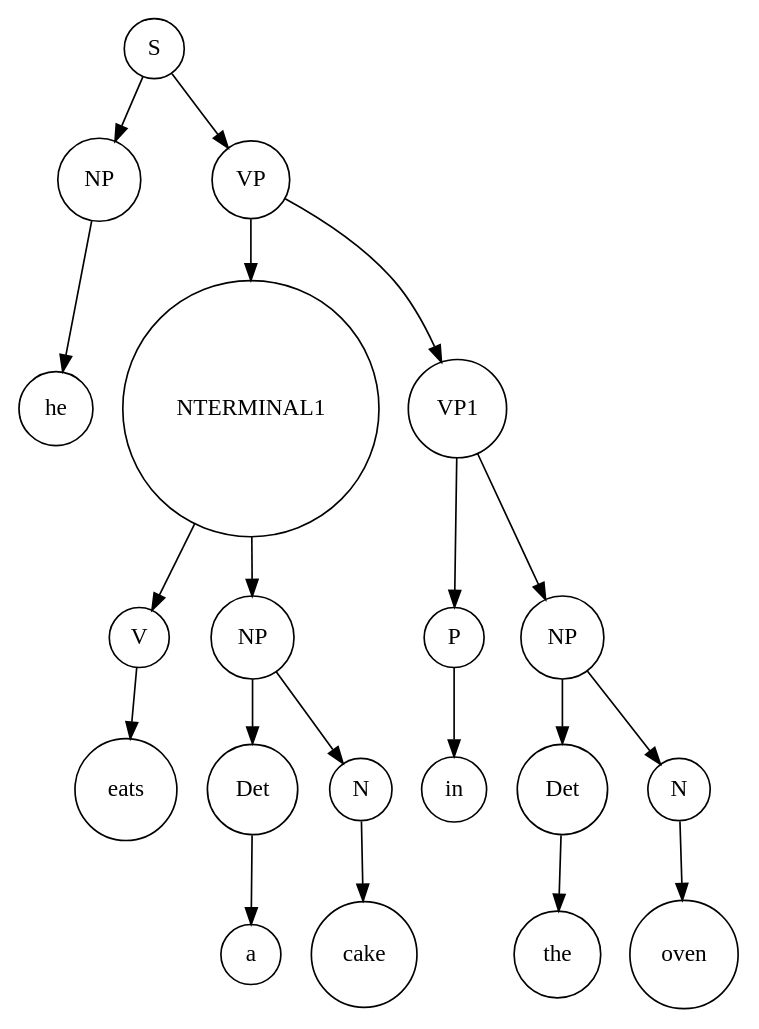
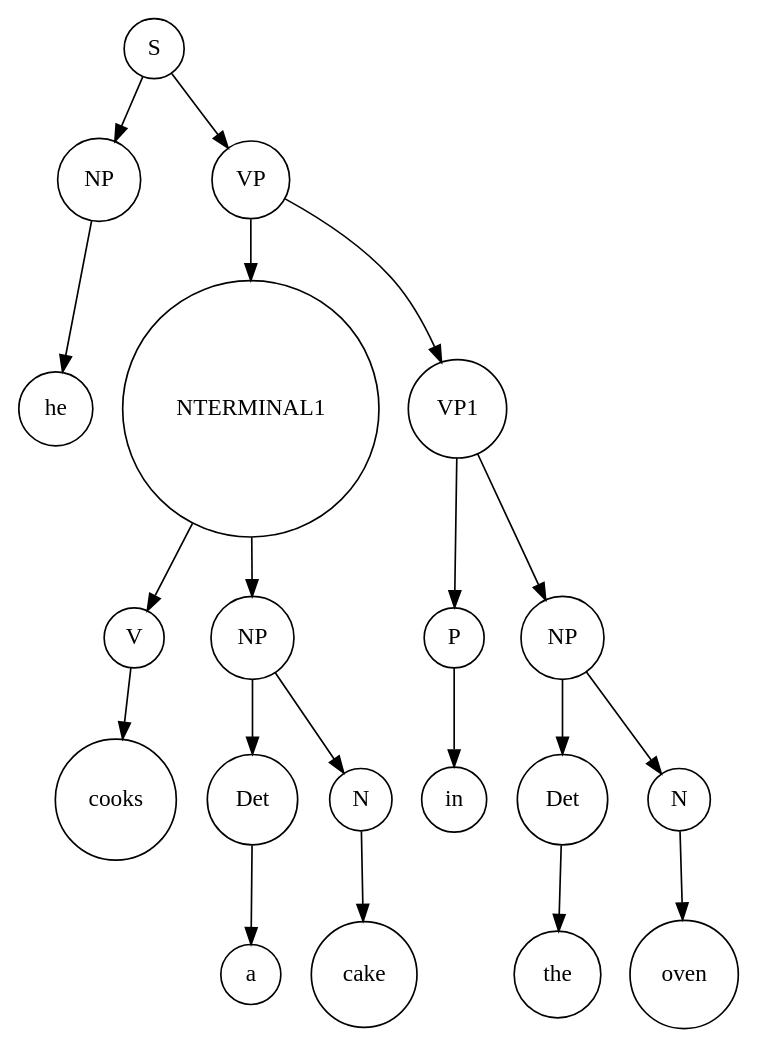
Before and after one commit to DiggsPapu/TeoriaComputacion: the diagram in parse_tree.dot, drawn with Graphviz. The commit also changed 19 other files, not shown here.

```diff
--- a/parse_tree.dot
+++ b/parse_tree.dot
@@ -1,43 +1,43 @@
 digraph AFD{
 node [shape=circle];
 rankdir=UD;
 S [shape=circle] [label="S"];
 NP [shape=circle] [label="NP"];
 he [shape=circle] [label="he"];
 VP [shape=circle] [label="VP"];
 NTERMINAL1 [shape=circle] [label="NTERMINAL1"];
 V [shape=circle] [label="V"];
-eats [shape=circle] [label="eats"];
+cooks [shape=circle] [label="cooks"];
 NP_2 [shape=circle] [label="NP"];
 Det [shape=circle] [label="Det"];
 a [shape=circle] [label="a"];
 N [shape=circle] [label="N"];
 cake [shape=circle] [label="cake"];
 VP1 [shape=circle] [label="VP1"];
 P [shape=circle] [label="P"];
 in [shape=circle] [label="in"];
 NP_3 [shape=circle] [label="NP"];
 Det_2 [shape=circle] [label="Det"];
 the [shape=circle] [label="the"];
 N_2 [shape=circle] [label="N"];
 oven [shape=circle] [label="oven"];
 S->NP;
 NP->he;
 S->VP;
 VP->NTERMINAL1;
 NTERMINAL1->V;
-V->eats;
+V->cooks;
 NTERMINAL1->NP_2;
 NP_2->Det;
 Det->a;
 NP_2->N;
 N->cake;
 VP->VP1;
 VP1->P;
 P->in;
 VP1->NP_3;
 NP_3->Det_2;
 Det_2->the;
 NP_3->N_2;
 N_2->oven;
 }
```
